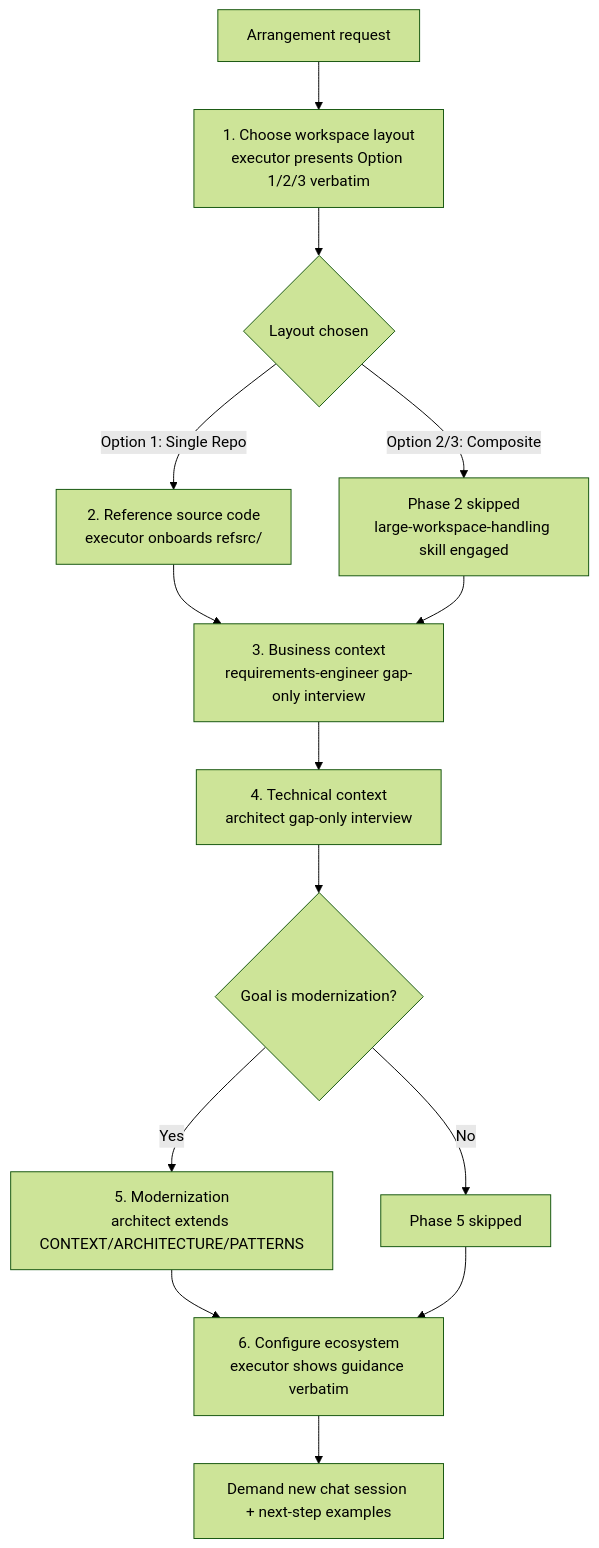
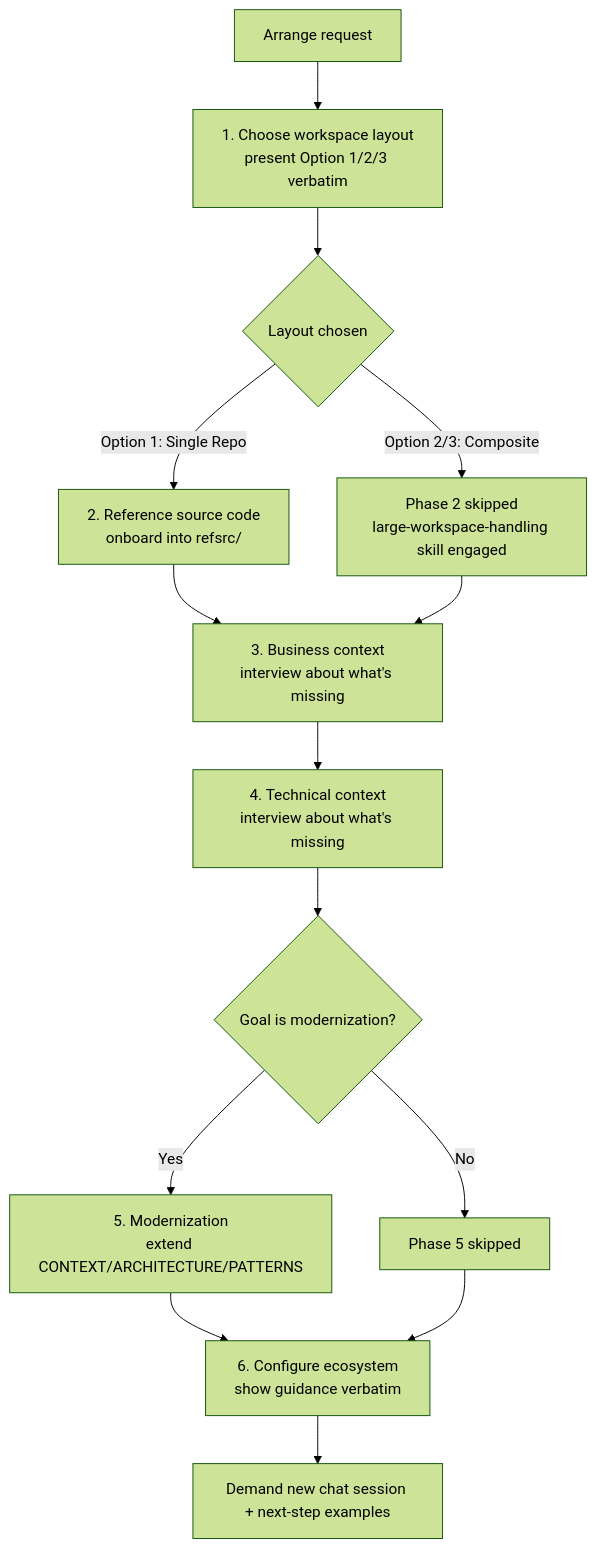
One commit to griddynamics/rosetta changed the first of 2 diagrams in docs/web/docs/arrangement-workspace-flow.md. Above: the diagram before and after it, drawn with Mermaid (forest theme). The commit also changed other lines of this file and 5 other files, not shown here.

Commit message:
docs: align arrange-workspace-flow documentation with actual workflow implementation

````diff
--- a/docs/web/docs/arrangement-workspace-flow.md
+++ b/docs/web/docs/arrangement-workspace-flow.md
@@ -85,16 +84,16 @@
 ```mermaid
 flowchart TD
-    A["Arrangement request"] --> B["1. Choose workspace layout<br/>executor presents Option 1/2/3 verbatim"]
+    A["Arrange request"] --> B["1. Choose workspace layout<br/>present Option 1/2/3 verbatim"]
     B --> C{"Layout chosen"}
-    C -- "Option 1: Single Repo" --> D["2. Reference source code<br/>executor onboards refsrc/"]
+    C -- "Option 1: Single Repo" --> D["2. Reference source code<br/>onboard into refsrc/"]
     C -- "Option 2/3: Composite" --> E["Phase 2 skipped<br/>large-workspace-handling skill engaged"]
-    D --> F["3. Business context<br/>requirements-engineer gap-only interview"]
+    D --> F["3. Business context<br/>interview about what's missing"]
     E --> F
-    F --> G["4. Technical context<br/>architect gap-only interview"]
+    F --> G["4. Technical context<br/>interview about what's missing"]
     G --> H{"Goal is modernization?"}
-    H -- "Yes" --> I["5. Modernization<br/>architect extends CONTEXT/ARCHITECTURE/PATTERNS"]
+    H -- "Yes" --> I["5. Modernization<br/>extend CONTEXT/ARCHITECTURE/PATTERNS"]
     H -- "No" --> J["Phase 5 skipped"]
-    I --> K["6. Configure ecosystem<br/>executor shows guidance verbatim"]
+    I --> K["6. Configure ecosystem<br/>show guidance verbatim"]
     J --> K
     K --> L["Demand new chat session + next-step examples"]
 ```
````
